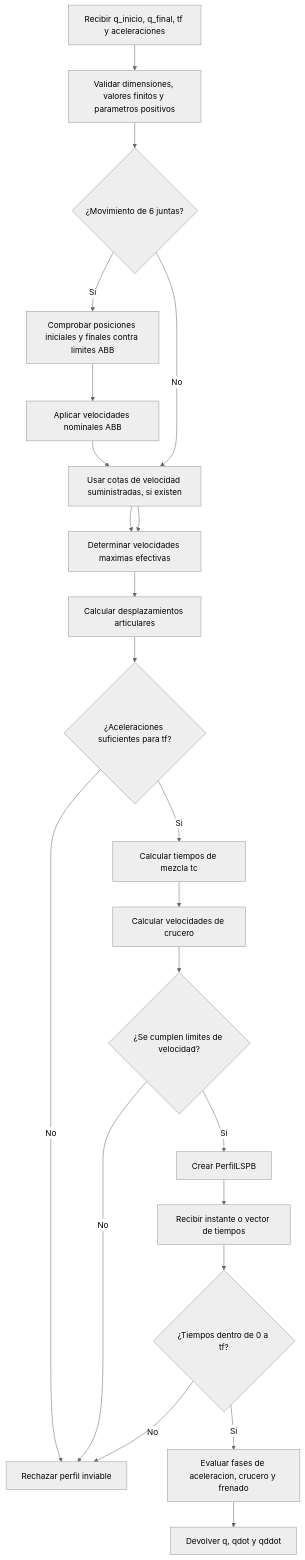
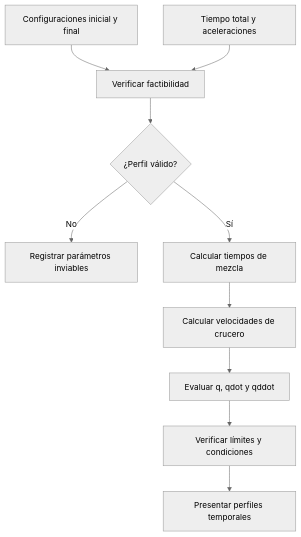
One commit to mario-nina/planificacion-UCB changed the fifth of 8 diagrams in 2-2026/IMT342/equipo/hitos/hito2/docs/diagramas_flujo.md. Above: the diagram before and after it, drawn with Mermaid (neutral theme). The commit also changed other lines of this file and 6 other files, not shown here.

````diff
--- a/2-2026/IMT342/equipo/hitos/hito2/docs/diagramas_flujo.md
+++ b/2-2026/IMT342/equipo/hitos/hito2/docs/diagramas_flujo.md
@@ -373,32 +151,19 @@
 ```mermaid
 flowchart TD
-    A["Recibir q_inicio, q_final, tf y aceleraciones"]
-    B["Validar dimensiones, valores finitos y parametros positivos"]
-    C{"¿Movimiento de 6 juntas?"}
-    D["Comprobar posiciones iniciales y finales contra limites ABB"]
-    E["Aplicar velocidades nominales ABB"]
-    F["Usar cotas de velocidad suministradas, si existen"]
-    G["Determinar velocidades maximas efectivas"]
-    H["Calcular desplazamientos articulares"]
-    I{"¿Aceleraciones suficientes para tf?"}
-    J["Rechazar perfil inviable"]
-    K["Calcular tiempos de mezcla tc"]
-    L["Calcular velocidades de crucero"]
-    M{"¿Se cumplen limites de velocidad?"}
-    N["Crear PerfilLSPB"]
-    O["Recibir instante o vector de tiempos"]
-    P{"¿Tiempos dentro de 0 a tf?"}
-    Q["Evaluar fases de aceleracion, crucero y frenado"]
-    R["Devolver q, qdot y qddot"]
+    A["Configuraciones inicial y final"]
+    B["Tiempo total y aceleraciones"]
+    C["Verificar factibilidad"]
+    D{"¿Perfil válido?"}
+    E["Registrar parámetros inviables"]
+    F["Calcular tiempos de mezcla"]
+    G["Calcular velocidades de crucero"]
+    H["Evaluar q, qdot y qddot"]
+    I["Verificar límites y condiciones"]
+    J["Presentar perfiles temporales"]
 
-    A --> B --> C
-    C -->|Si| D --> E --> F  --> G
-    C -->|No| F --> G
-    G --> H --> I
-    I -->|No| J
-    I -->|Si| K --> L --> M
-    M -->|No| J
-    M -->|Si| N --> O --> P
-    P -->|No| J
-    P -->|Si| Q --> R
+    A --> C
+    B --> C
+    C --> D
+    D -->|No| E
+    D -->|Sí| F --> G --> H --> I --> J
 ```
````
